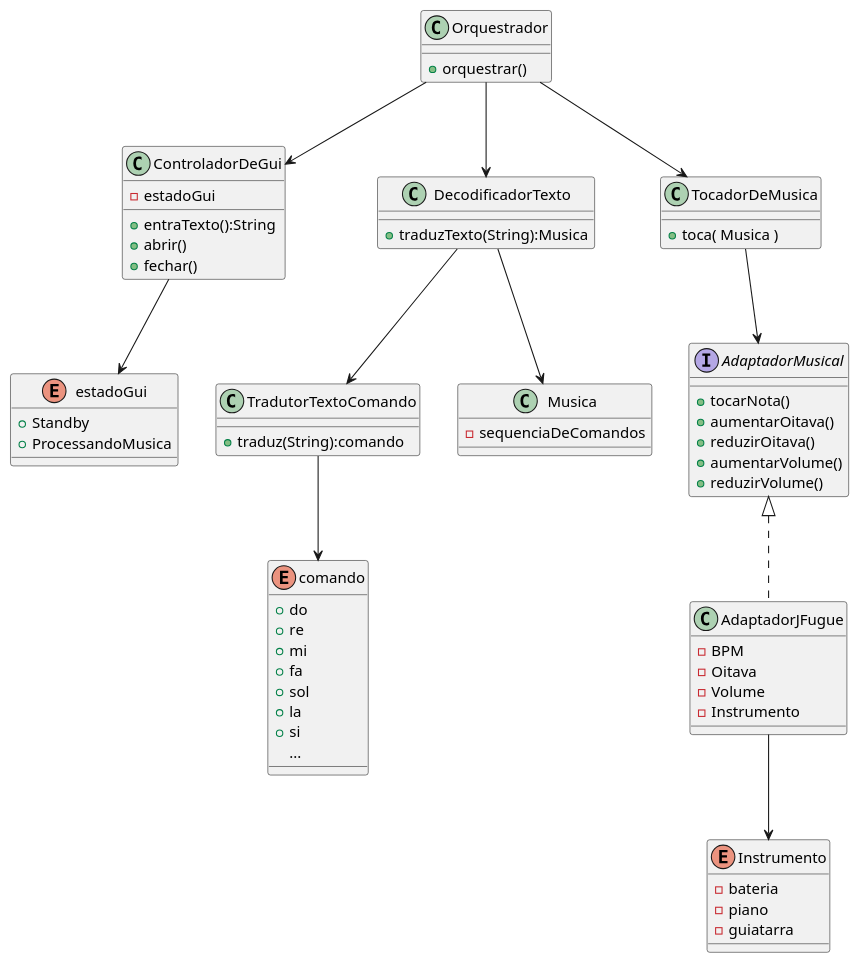
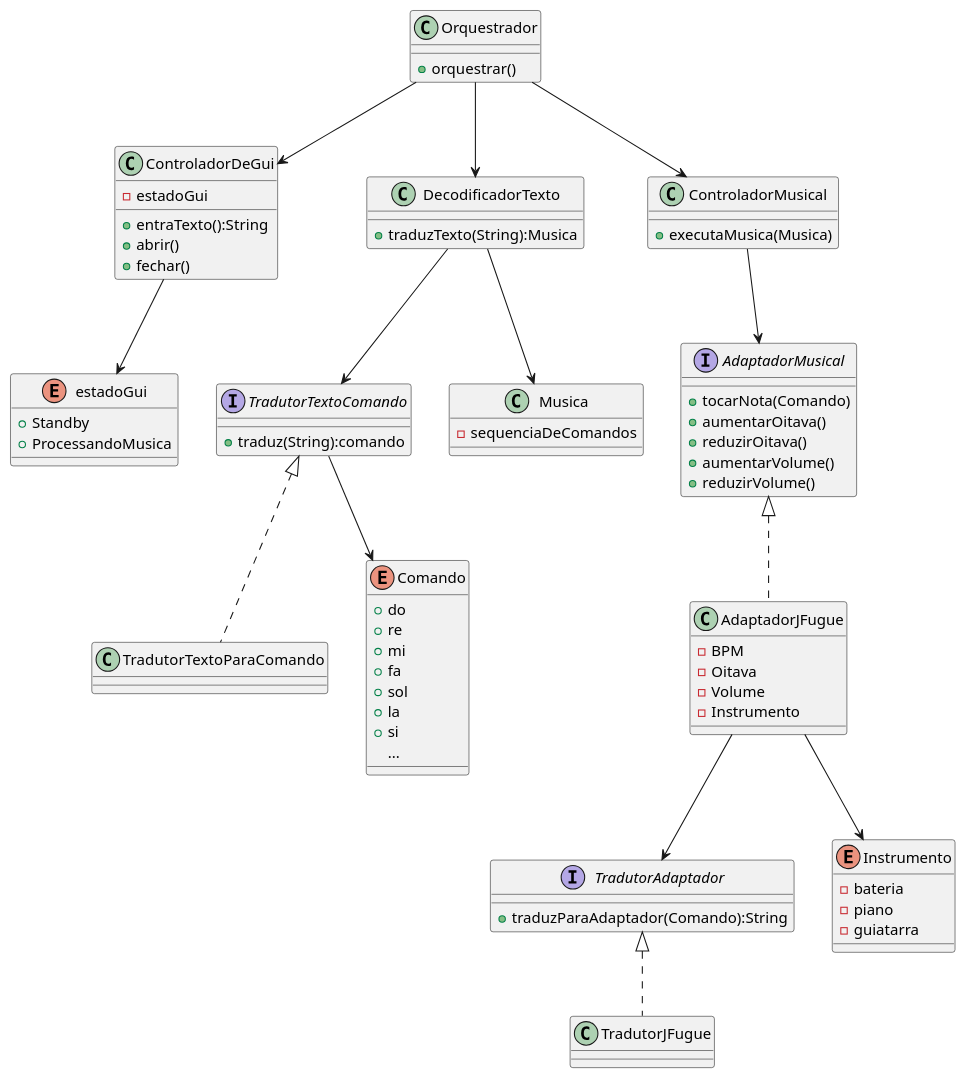
The diagram in diagramaDeClasses.puml (tonelloiago/TCP), drawn with PlantUML before and after one commit. The commit also changed 26 other files, not shown here.

```diff
--- a/diagramaDeClasses.puml
+++ b/diagramaDeClasses.puml
@@ -1,78 +1,90 @@
 @startuml classes
 
 class Orquestrador{
     + orquestrar()
 }
 
 class ControladorDeGui{
     - estadoGui
     + entraTexto():String
     + abrir()
     + fechar()
 }
 
 enum estadoGui{
     + Standby
     + ProcessandoMusica
 }
 
 class DecodificadorTexto{
     + traduzTexto(String):Musica
 }
 
-class TradutorTextoComando{
+interface TradutorTextoComando{
     + traduz(String):comando
 }
 
+class TradutorTextoParaComando implements TradutorTextoComando{}
+
+class ControladorMusical{
+    + executaMusica(Musica)
+}
+
 interface AdaptadorMusical{
-    + tocarNota()
+    + tocarNota(Comando)
     + aumentarOitava()
     + reduzirOitava()
     + aumentarVolume()
     + reduzirVolume()
 }
 
 class AdaptadorJFugue implements AdaptadorMusical{
     - BPM
     - Oitava
     - Volume
     - Instrumento
 }
 
+interface TradutorAdaptador{
+    + traduzParaAdaptador(Comando):String
+}
+
+class TradutorJFugue implements TradutorAdaptador{
+
+}
+
 enum Instrumento{
     - bateria
     - piano
     - guiatarra
 }
 
-enum comando{
+enum Comando{
     + do
     + re
     + mi
     + fa
     + sol
     + la
     + si
     ...
 }
 
 class Musica{
     - sequenciaDeComandos
 }
 
-class TocadorDeMusica{
-    + toca( Musica )
-}
 
 Orquestrador --> DecodificadorTexto
-Orquestrador --> TocadorDeMusica
+Orquestrador --> ControladorMusical
 Orquestrador --> ControladorDeGui
 DecodificadorTexto --> TradutorTextoComando
 DecodificadorTexto --> Musica
-TocadorDeMusica --> AdaptadorMusical
-TradutorTextoComando --> comando
+ControladorMusical --> AdaptadorMusical
+TradutorTextoComando --> Comando
 ControladorDeGui --> estadoGui
 AdaptadorJFugue --> Instrumento
+AdaptadorJFugue --> TradutorAdaptador
 
 
 @enduml
```
